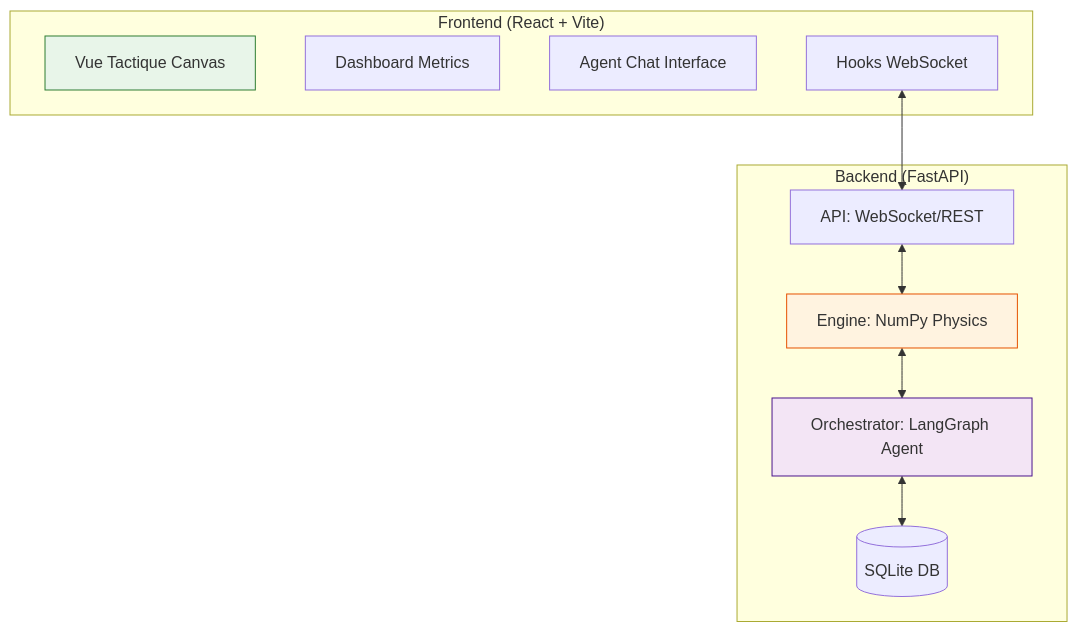
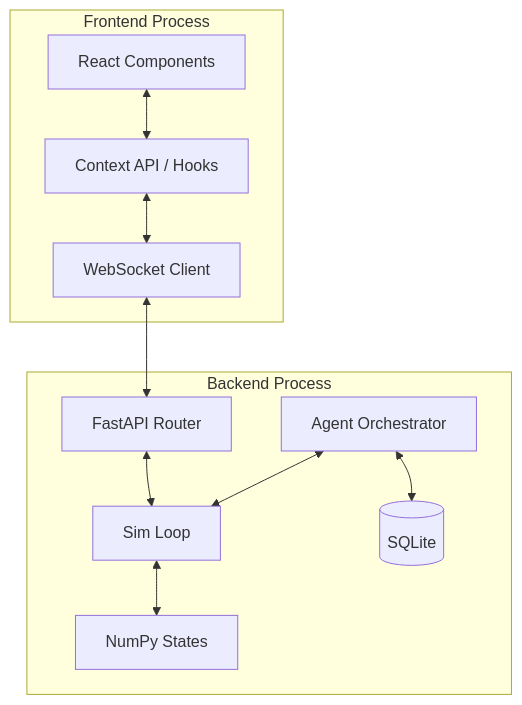
Before and after one commit to dagornc/EssaimDrones: the second of 2 diagrams in README.md, drawn with Mermaid. The commit also changed other lines of this file, not shown here.

Commit message:
docs: massive expansion of README with deep technical details, schemas, and math concepts

````diff
--- a/README.md
+++ b/README.md
@@ -52,25 +115,22 @@
 ```mermaid
 graph TD
-    subgraph "Frontend (React + Vite)"
-        V[Vue Tactique Canvas]
-        D[Dashboard Metrics]
-        C[Agent Chat Interface]
-        H[Hooks WebSocket]
+    subgraph "Backend Process"
+        API[FastAPI Router]
+        SIM[Sim Loop]
+        ORCH[Agent Orchestrator]
+        DATA[NumPy States]
+        DB[(SQLite)]
     end
-
-    subgraph "Backend (FastAPI)"
-        S[Engine: NumPy Physics]
-        O[Orchestrator: LangGraph Agent]
-        A[API: WebSocket/REST]
-        DB[(SQLite DB)]
+    subgraph "Frontend Process"
+        UI[React Components]
+        STORE[Context API / Hooks]
+        WSC[WebSocket Client]
     end
-
-    H <--> A
-    A <--> S
-    S <--> O
-    O <--> DB
-    
-    style S fill:#fff3e0,stroke:#e65100
-    style O fill:#f3e5f5,stroke:#4a148c
-    style V fill:#e8f5e9,stroke:#2e7d32
+    UI <--> STORE
+    STORE <--> WSC
+    WSC <--> API
+    API <--> SIM
+    SIM <--> DATA
+    ORCH <--> SIM
+    ORCH <--> DB
 ```
````
